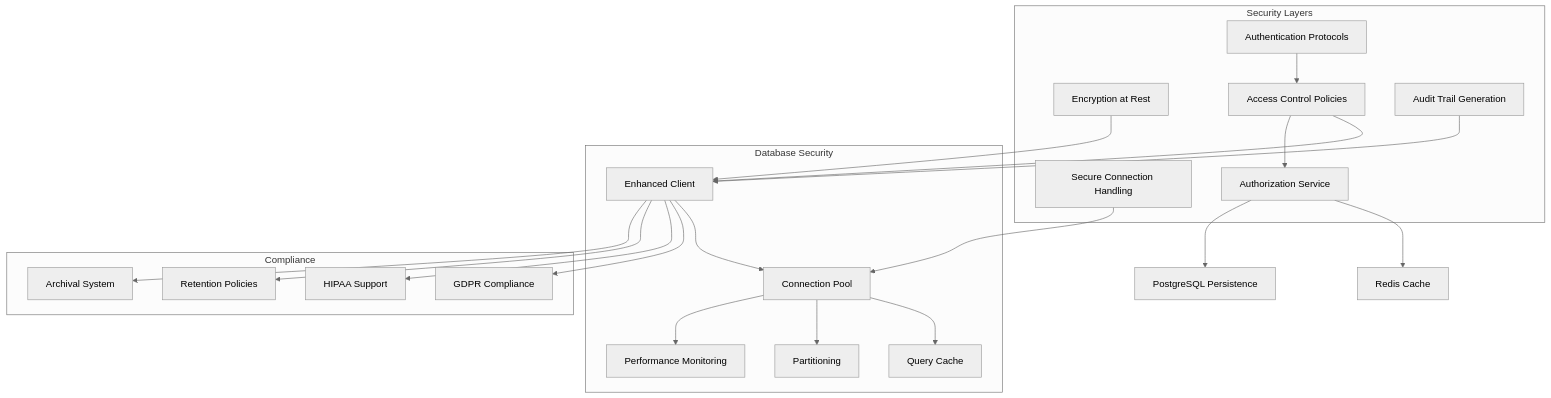
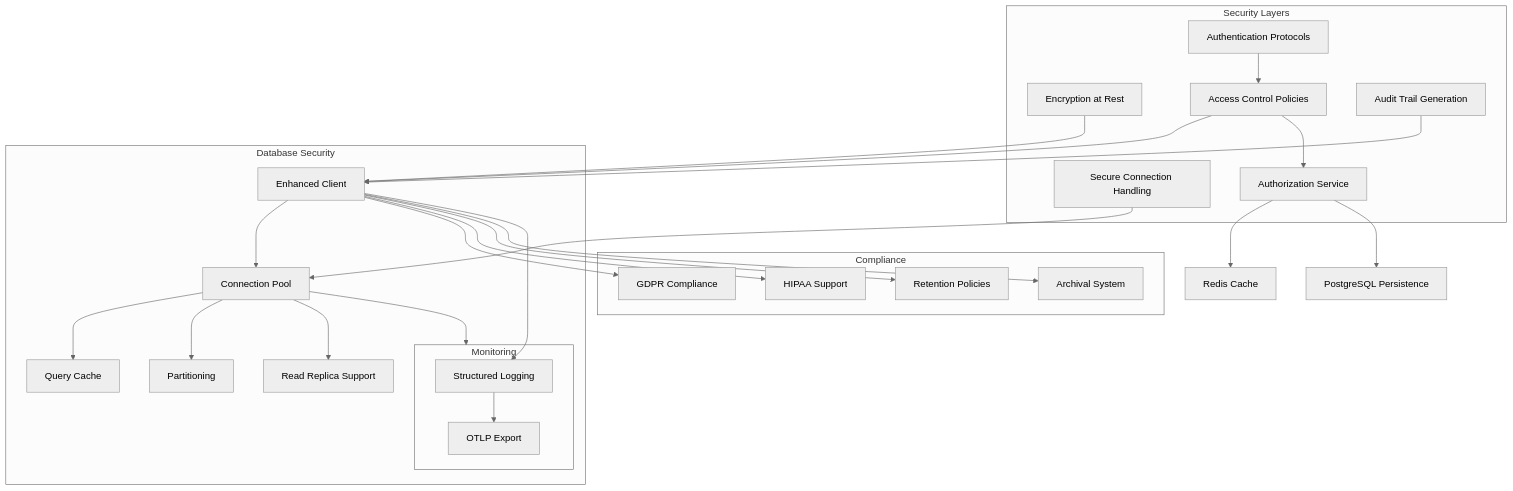
One commit to smedrec/smart-logs changed the second of 11 diagrams in .qoder/repowiki/en/content/Audit Database/Security and Access Control.md. Above: the diagram before and after it, drawn with Mermaid (neutral theme). The commit also changed other lines of this file and 17 other files, not shown here.

First line of the commit message:
feat(audit): integrate database preset handler and structured logging system

````diff
--- a/.qoder/repowiki/en/content/Audit Database/Security and Access Control.md
+++ b/.qoder/repowiki/en/content/Audit Database/Security and Access Control.md
@@ -91,40 +99,48 @@
 ```mermaid
 graph TD
 subgraph "Security Layers"
 Encryption["Encryption at Rest"]
 Connection["Secure Connection Handling"]
 Authentication["Authentication Protocols"]
 Access["Access Control Policies"]
 Audit["Audit Trail Generation"]
 Authorization["Authorization Service"]
 end
 subgraph "Database Security"
 Client["Enhanced Client"]
 Pool["Connection Pool"]
 Cache["Query Cache"]
 Partition["Partitioning"]
 Monitoring["Performance Monitoring"]
+Replica["Read Replica Support"]
 end
 subgraph "Compliance"
 GDPR["GDPR Compliance"]
 HIPAA["HIPAA Support"]
 Retention["Retention Policies"]
 Archival["Archival System"]
+end
+subgraph "Monitoring"
+Structured["Structured Logging"]
+OTLP["OTLP Export"]
 end
 Encryption --> Client
 Connection --> Pool
 Authentication --> Access
 Access --> Client
 Audit --> Client
 Client --> Pool
 Pool --> Cache
 Pool --> Partition
 Pool --> Monitoring
+Pool --> Replica
 Client --> GDPR
 Client --> HIPAA
 Client --> Retention
 Client --> Archival
 Access --> Authorization
 Authorization --> Redis["Redis Cache"]
 Authorization --> PostgreSQL["PostgreSQL Persistence"]
+Client --> Structured
+Structured --> OTLP
 ```
````
